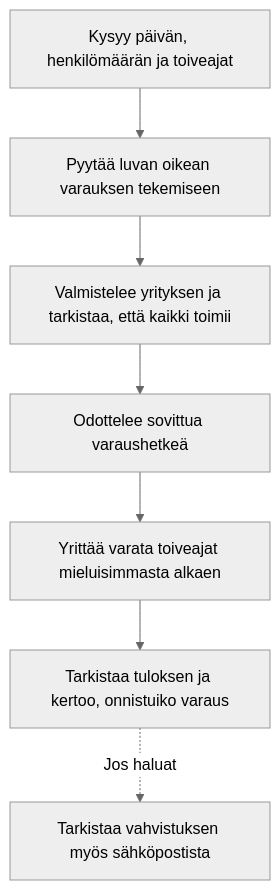
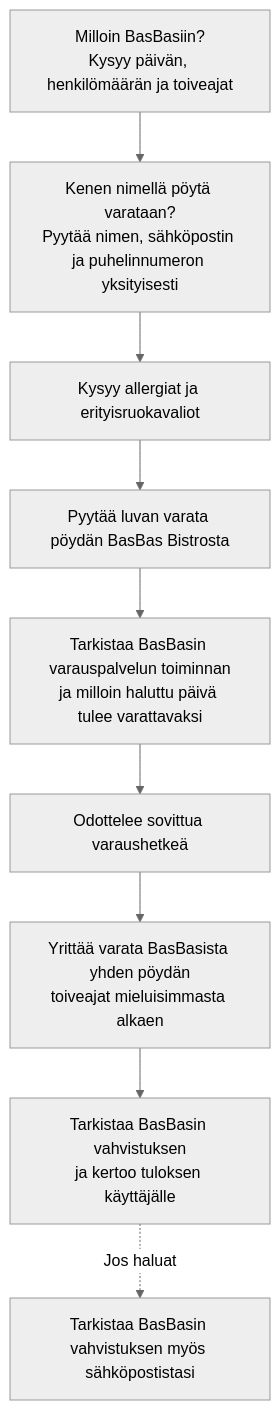
One commit to ilpojohannes/basbas-booking-skill changed the diagram in README.md. Above: the diagram before and after it, drawn with Mermaid (neutral theme). The commit also changed other lines of this file, not shown here.

Commit message:
docs: include booker details and BasBas-specific steps in flow

````diff
--- a/README.md
+++ b/README.md
@@ -7,9 +7,11 @@
 ```mermaid
 flowchart TD
-    A["Kysyy päivän, henkilömäärän ja toiveajat"] --> B["Pyytää luvan oikean varauksen tekemiseen"]
-    B --> C["Valmistelee yrityksen ja tarkistaa, että kaikki toimii"]
-    C --> D["Odottelee sovittua varaushetkeä"]
-    D --> E["Yrittää varata toiveajat mieluisimmasta alkaen"]
-    E --> F["Tarkistaa tuloksen ja kertoo, onnistuiko varaus"]
-    F -. "Jos haluat" .-> G["Tarkistaa vahvistuksen myös sähköpostista"]
+    A["Milloin BasBasiin?<br/>Kysyy päivän, henkilömäärän ja toiveajat"] --> B["Kenen nimellä pöytä varataan?<br/>Pyytää nimen, sähköpostin ja puhelinnumeron yksityisesti"]
+    B --> C["Kysyy allergiat ja erityisruokavaliot"]
+    C --> D["Pyytää luvan varata pöydän BasBas Bistrosta"]
+    D --> E["Tarkistaa BasBasin varauspalvelun toiminnan<br/>ja milloin haluttu päivä tulee varattavaksi"]
+    E --> F["Odottelee sovittua varaushetkeä"]
+    F --> G["Yrittää varata BasBasista yhden pöydän<br/>toiveajat mieluisimmasta alkaen"]
+    G --> H["Tarkistaa BasBasin vahvistuksen<br/>ja kertoo tuloksen käyttäjälle"]
+    H -. "Jos haluat" .-> I["Tarkistaa BasBasin vahvistuksen myös sähköpostistasi"]
 ```
````
